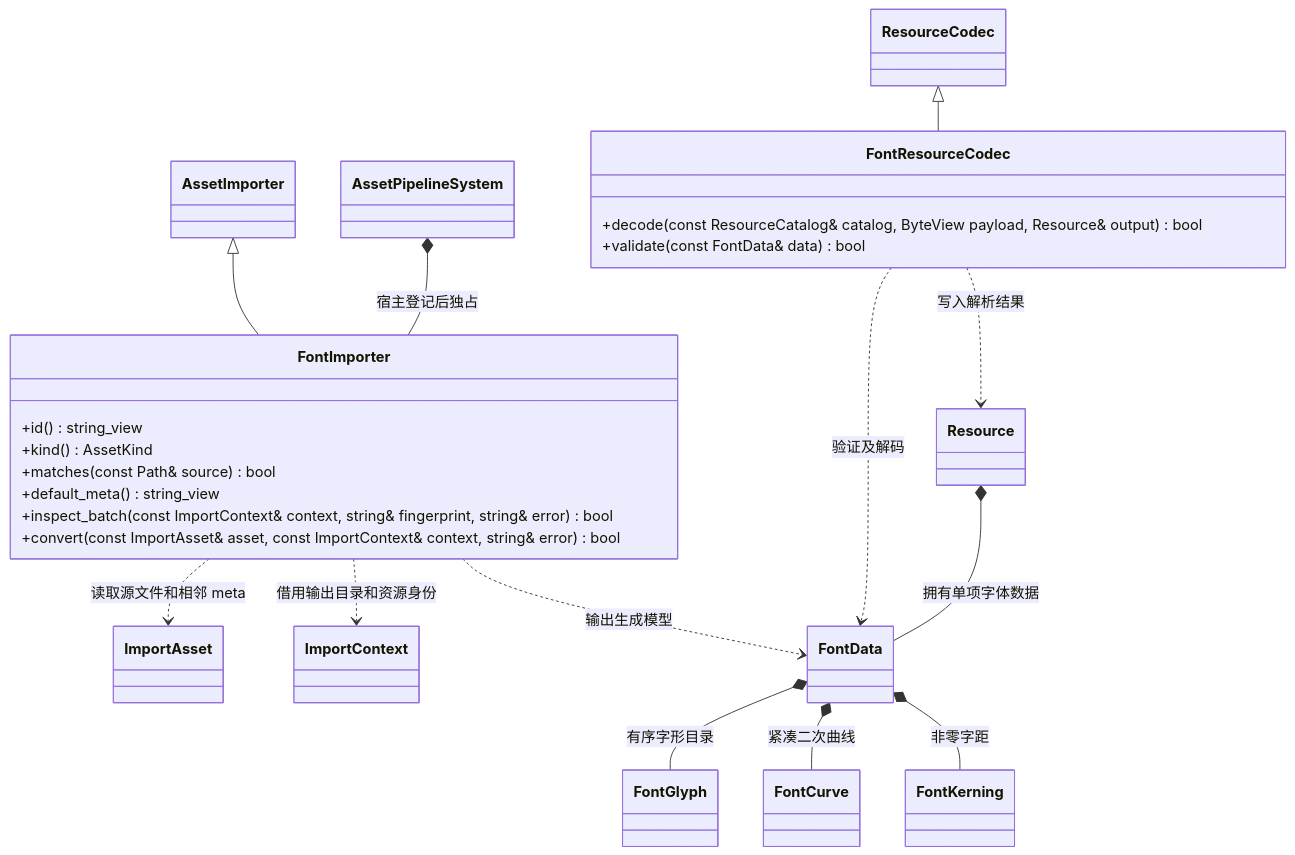
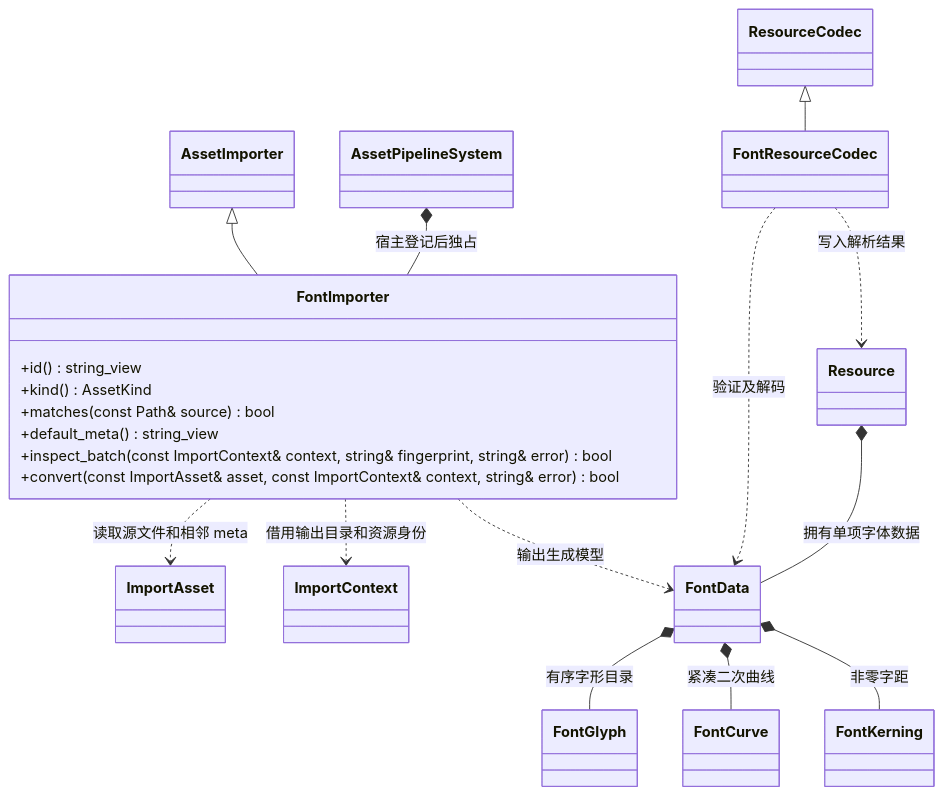
One commit to lcals/Engine changed the diagram in docs/plugins/editor/class-diagrams/font-importer.md. Above: the diagram before and after it, drawn with Mermaid. The commit also changed other lines of this file and 222 other files, not shown here.

Commit message:
Consolidate editor asset imports and align architecture documentation

````diff
--- a/docs/plugins/editor/class-diagrams/font-importer.md
+++ b/docs/plugins/editor/class-diagrams/font-importer.md
@@ -5,37 +7,34 @@
 ```mermaid
 classDiagram
     class AssetImporter
     class FontImporter {
         +id() string_view
         +kind() AssetKind
         +matches(const Path& source) bool
         +default_meta() string_view
         +inspect_batch(const ImportContext& context, string& fingerprint, string& error) bool
         +convert(const ImportAsset& asset, const ImportContext& context, string& error) bool
     }
     class AssetPipelineSystem
     class ImportAsset
     class ImportContext
     class FontData
     class FontGlyph
     class FontCurve
     class FontKerning
     class ResourceCodec
-    class FontResourceCodec {
-        +decode(const ResourceCatalog& catalog, ByteView payload, Resource& output) bool
-        +validate(const FontData& data) bool
-    }
+    class FontResourceCodec
     class Resource
     AssetImporter <|-- FontImporter
     AssetPipelineSystem *-- FontImporter : 宿主登记后独占
     FontImporter ..> ImportAsset : 读取源文件和相邻 meta
     FontImporter ..> ImportContext : 借用输出目录和资源身份
     FontImporter ..> FontData : 输出生成模型
     FontData *-- FontGlyph : 有序字形目录
     FontData *-- FontCurve : 紧凑二次曲线
     FontData *-- FontKerning : 非零字距
     ResourceCodec <|-- FontResourceCodec
     FontResourceCodec ..> FontData : 验证及解码
     FontResourceCodec ..> Resource : 写入解析结果
     Resource *-- FontData : 拥有单项字体数据
 ```
````
